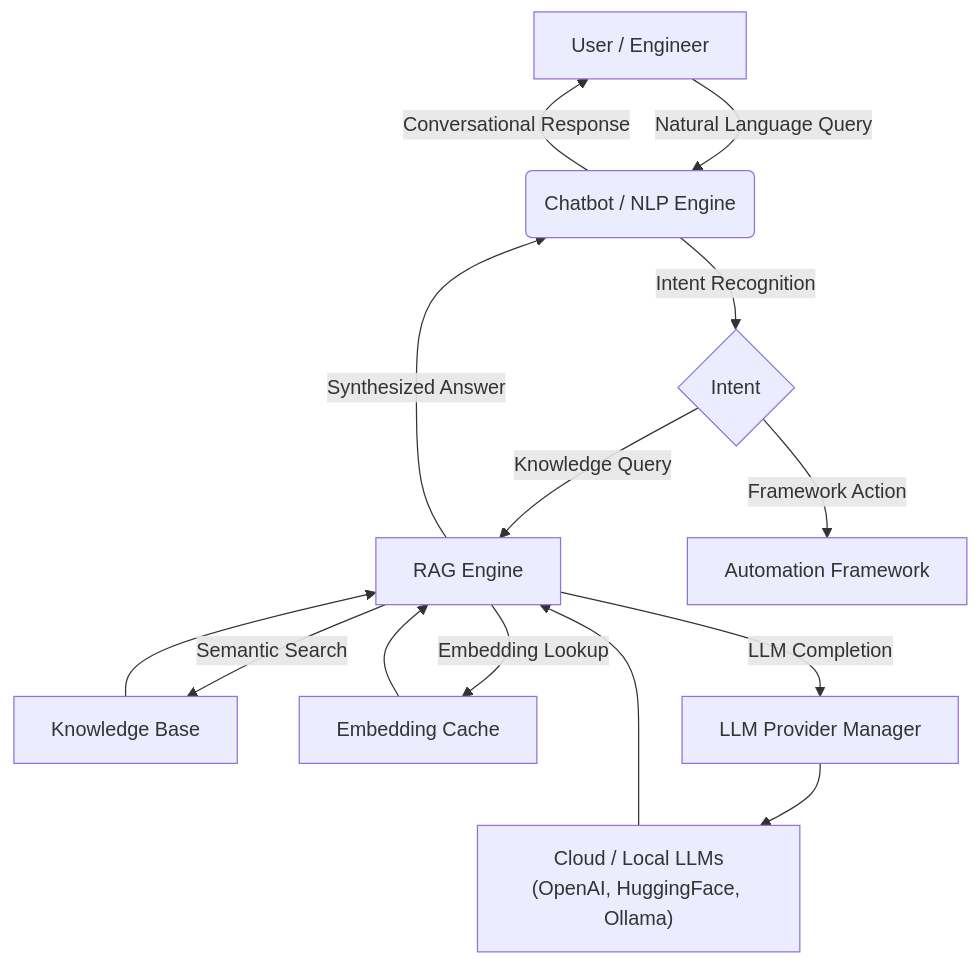
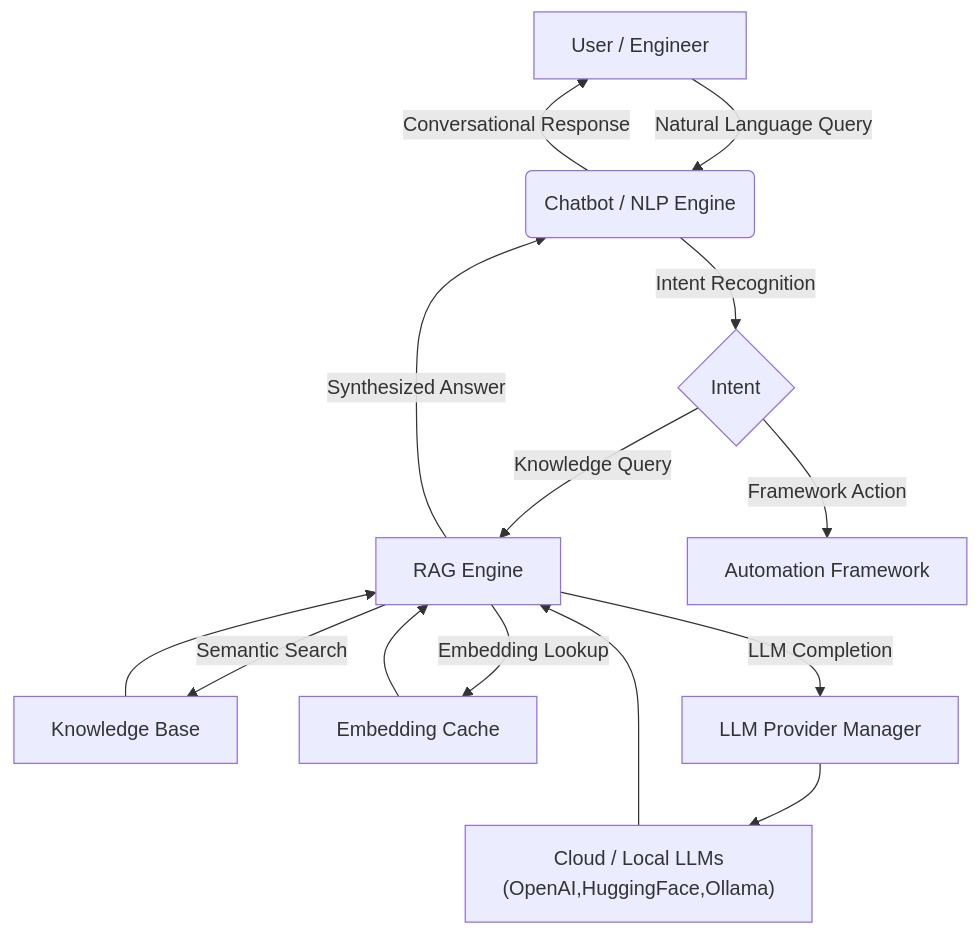
Before and after one commit to K11-Software-Solutions/k11TechLab-selenium-java-fullstack-framework: the diagram in Chatbot_NLP_Demo.md, drawn with Mermaid. The commit also changed other lines of this file, not shown here.

````diff
--- a/Chatbot_NLP_Demo.md
+++ b/Chatbot_NLP_Demo.md
@@ -102,28 +102,28 @@
 ```mermaid
 flowchart TD
     %% User Layer
     A[User / Engineer] -->|Natural Language Query| B(Chatbot / NLP Engine)
 
     %% NLP & Intent
     B -->|Intent Recognition| C{Intent}
 
     %% Intent Branches
     C -->|Knowledge Query| D[RAG Engine]
     C -->|Framework Action| M[Automation Framework]
 
     %% RAG Internal Flows
     D -->|Semantic Search| E[Knowledge Base]
     D -->|Embedding Lookup| F[Embedding Cache]
     D -->|LLM Completion| G[LLM Provider Manager]
 
     %% Providers
-    G --> H["Cloud / Local LLMs<br/>(OpenAI, HuggingFace, Ollama)"]
+    G --> H["Cloud / Local LLMs<br/>(OpenAI,HuggingFace,Ollama)"]
 
     %% Return path
     E --> D
     F --> D
     H --> D
 
     D -->|Synthesized Answer| B
     B -->|Conversational Response| A
 ```
````
